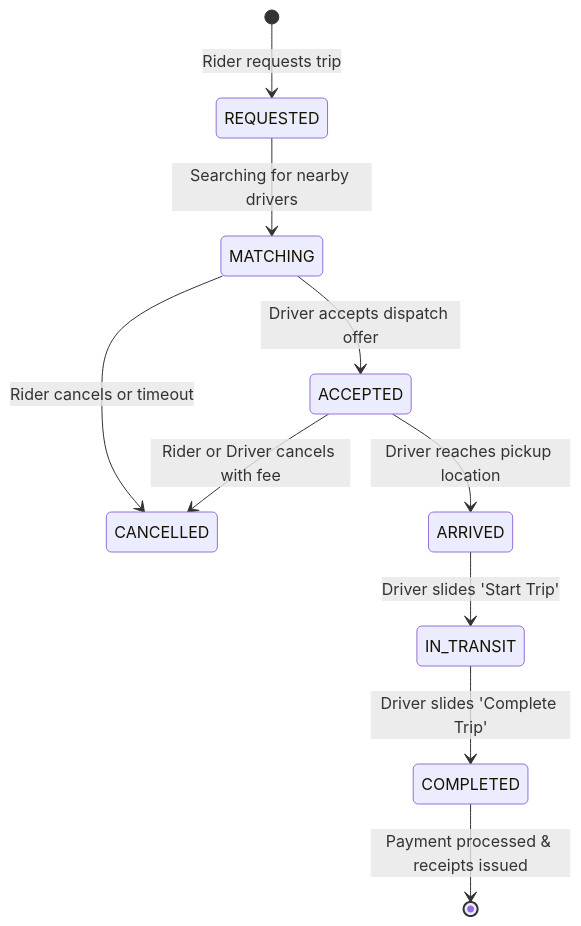
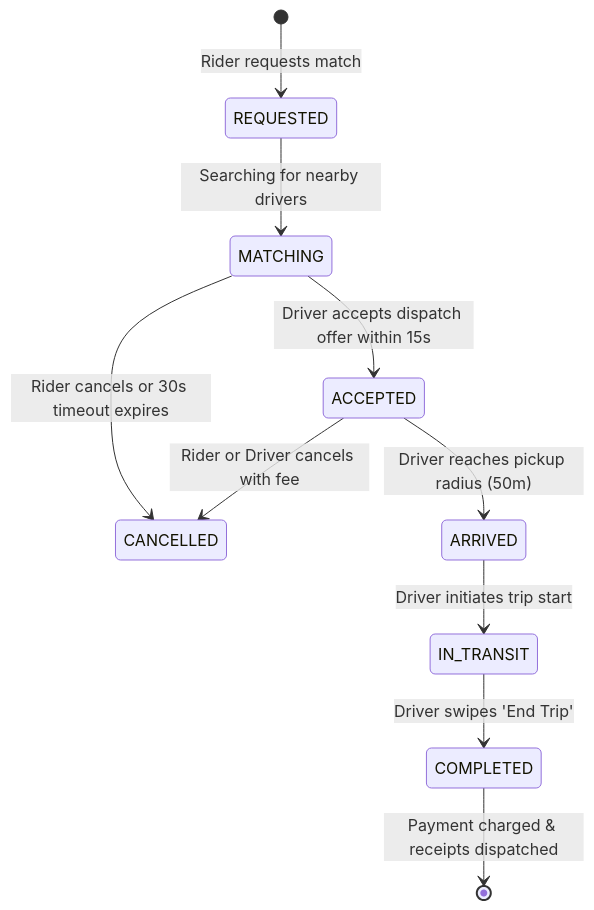
Before and after one commit to kvai9826/system-design-for-program-managers: the fourth of 5 diagrams in 05-real-world-case-studies/04-ride-sharing-dispatch.md, drawn with Mermaid. The commit also changed other lines of this file and 30 other files, not shown here.

````diff
--- a/05-real-world-case-studies/04-ride-sharing-dispatch.md
+++ b/05-real-world-case-studies/04-ride-sharing-dispatch.md
@@ -138,16 +225,16 @@
 ```mermaid
 stateDiagram-v2
-    [*] --> REQUESTED: Rider requests trip
+    [*] --> REQUESTED: Rider requests match
     
     REQUESTED --> MATCHING: Searching for nearby drivers
-    MATCHING --> CANCELLED: Rider cancels or timeout
+    MATCHING --> CANCELLED: Rider cancels or 30s timeout expires
     
-    MATCHING --> ACCEPTED: Driver accepts dispatch offer
+    MATCHING --> ACCEPTED: Driver accepts dispatch offer within 15s
     ACCEPTED --> CANCELLED: Rider or Driver cancels with fee
     
-    ACCEPTED --> ARRIVED: Driver reaches pickup location
-    ARRIVED --> IN_TRANSIT: Driver slides 'Start Trip'
+    ACCEPTED --> ARRIVED: Driver reaches pickup radius (50m)
+    ARRIVED --> IN_TRANSIT: Driver initiates trip start
     
-    IN_TRANSIT --> COMPLETED: Driver slides 'Complete Trip'
-    COMPLETED --> [*]: Payment processed & receipts issued
+    IN_TRANSIT --> COMPLETED: Driver swipes 'End Trip'
+    COMPLETED --> [*]: Payment charged & receipts dispatched
 ```
````
